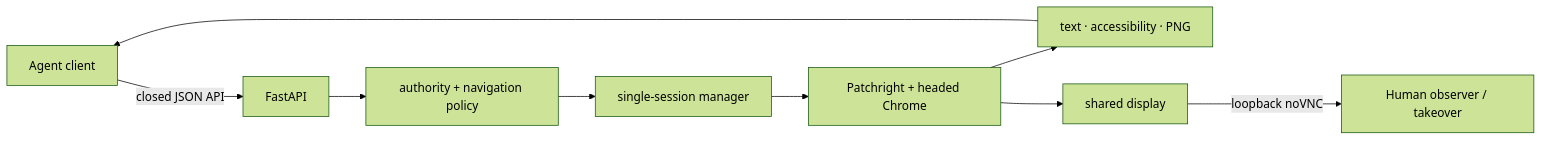
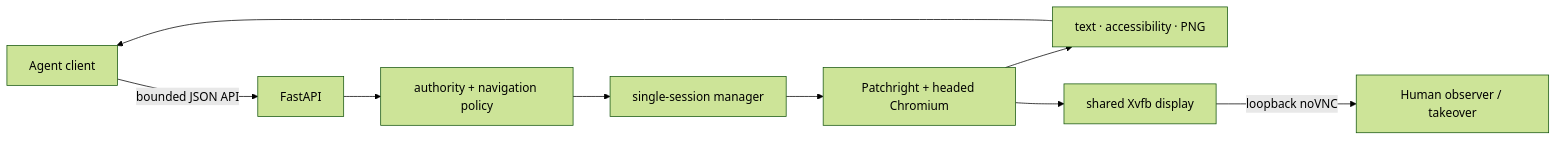
Before and after one commit to AetherAI3/agent-browser: the diagram in README.md, drawn with Mermaid (forest theme). The commit also changed other lines of this file and 22 other files, not shown here.

````diff
--- a/README.md
+++ b/README.md
@@ -152,11 +123,11 @@
 ```mermaid
 flowchart LR
-    Agent["Agent client"] -->|closed JSON API| API["FastAPI"]
+    Agent["Agent client"] -->|bounded JSON API| API["FastAPI"]
     API --> Guard["authority + navigation policy"]
     Guard --> Session["single-session manager"]
-    Session --> Chrome["Patchright + headed Chrome"]
+    Session --> Chrome["Patchright + headed Chromium"]
     Chrome --> State["text · accessibility · PNG"]
     State --> Agent
-    Chrome --> Display["shared display"]
+    Chrome --> Display["shared Xvfb display"]
     Display -->|loopback noVNC| Human["Human observer / takeover"]
 ```
````
